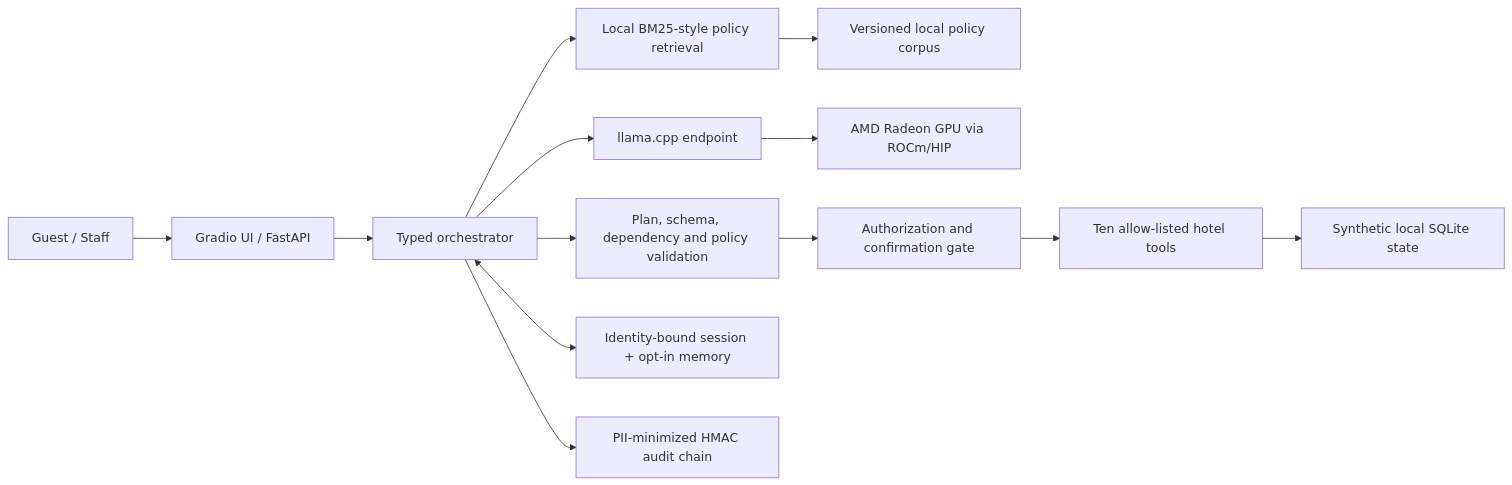
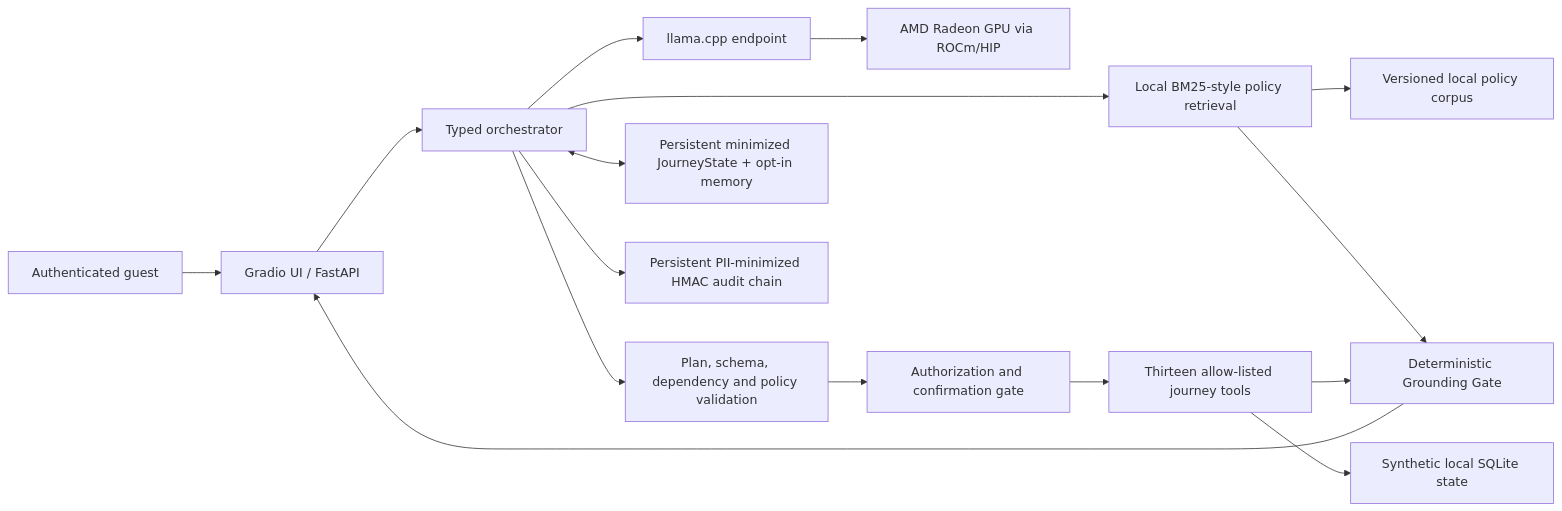
The first of 2 diagrams in submissions/track2-radeonstay/docs/project-specification.md (AMD-DEV-CONTEST/Radeon-hackathon-2026-07), drawn with Mermaid before and after one commit. The commit also changed other lines of this file and 64 other files, not shown here.

````diff
--- a/submissions/track2-radeonstay/docs/project-specification.md
+++ b/submissions/track2-radeonstay/docs/project-specification.md
@@ -24,15 +63,18 @@
 ```mermaid
 flowchart LR
-    U["Guest / Staff"] --> UI["Gradio UI / FastAPI"]
+    U["Authenticated guest"] --> UI["Gradio UI / FastAPI"]
     UI --> O["Typed orchestrator"]
     O --> R["Local BM25-style policy retrieval"]
     R --> P["Versioned local policy corpus"]
     O --> L["llama.cpp endpoint"]
     L --> G["AMD Radeon GPU via ROCm/HIP"]
     O --> V["Plan, schema, dependency and policy validation"]
     V --> C["Authorization and confirmation gate"]
-    C --> T["Ten allow-listed hotel tools"]
+    C --> T["Thirteen allow-listed journey tools"]
     T --> D["Synthetic local SQLite state"]
-    O <--> M["Identity-bound session + opt-in memory"]
-    O --> A["PII-minimized HMAC audit chain"]
+    R --> Q["Deterministic Grounding Gate"]
+    T --> Q
+    Q --> UI
+    O <--> M["Persistent minimized JourneyState + opt-in memory"]
+    O --> A["Persistent PII-minimized HMAC audit chain"]
 ```
````
